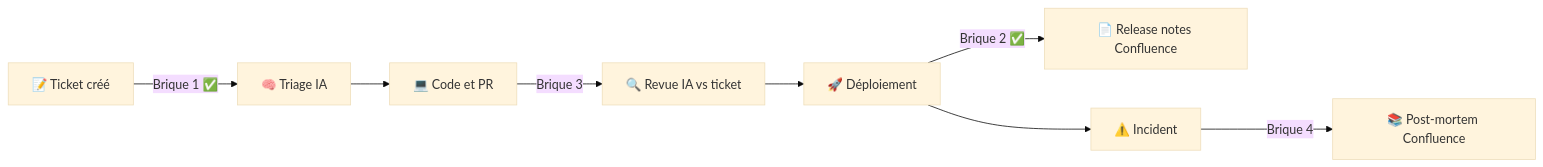
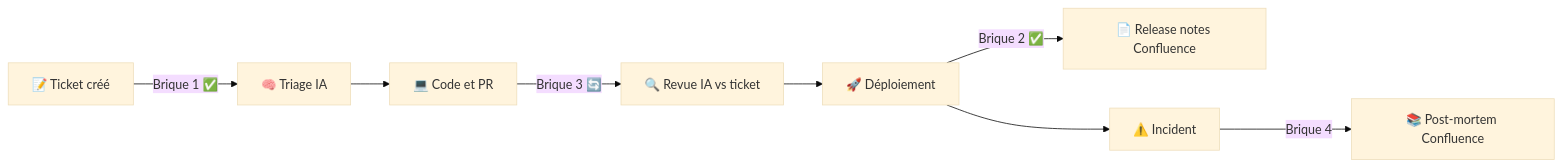
Before and after one commit to mbahnis/POC-AI-Atlassian: the diagram in docs/03-carnet-de-bord.md, drawn with Mermaid (base theme). The commit also changed other lines of this file and 6 other files, not shown here.

````diff
--- a/docs/03-carnet-de-bord.md
+++ b/docs/03-carnet-de-bord.md
@@ -36,10 +36,10 @@
 ```mermaid
 flowchart LR
     A[📝 Ticket créé] -->|Brique 1 ✅| B[🧠 Triage IA]
     B --> C[💻 Code et PR]
-    C -->|Brique 3| D[🔍 Revue IA vs ticket]
+    C -->|Brique 3 🔄| D[🔍 Revue IA vs ticket]
     D --> E[🚀 Déploiement]
     E -->|Brique 2 ✅| F[📄 Release notes Confluence]
     E --> G[⚠️ Incident]
     G -->|Brique 4| H[📚 Post-mortem Confluence]
 ```
````
